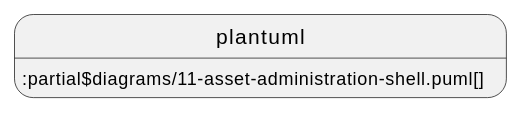
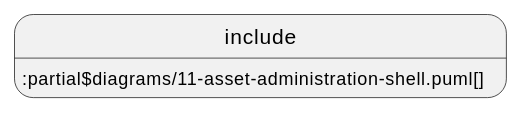
The first of 3 diagrams in documentation/IDTA-01001/modules/ROOT/pages/spec-metamodel/overview.adoc (acplt/aas-specs), drawn with PlantUML before and after one commit. The commit also changed other lines of this file and 14 other files, not shown here.

First line of the commit message:
Revert "Use plantuml instead of include and test ./"

```diff
--- a/documentation/IDTA-01001/modules/ROOT/pages/spec-metamodel/overview.adoc
+++ b/documentation/IDTA-01001/modules/ROOT/pages/spec-metamodel/overview.adoc
@@ -36,4 +36,4 @@
 [plantuml, 11-asset-administration-shell, svg]
 ....
-plantuml::partial$diagrams/11-asset-administration-shell.puml[]
+include::partial$diagrams/11-asset-administration-shell.puml[]
 ....
```
